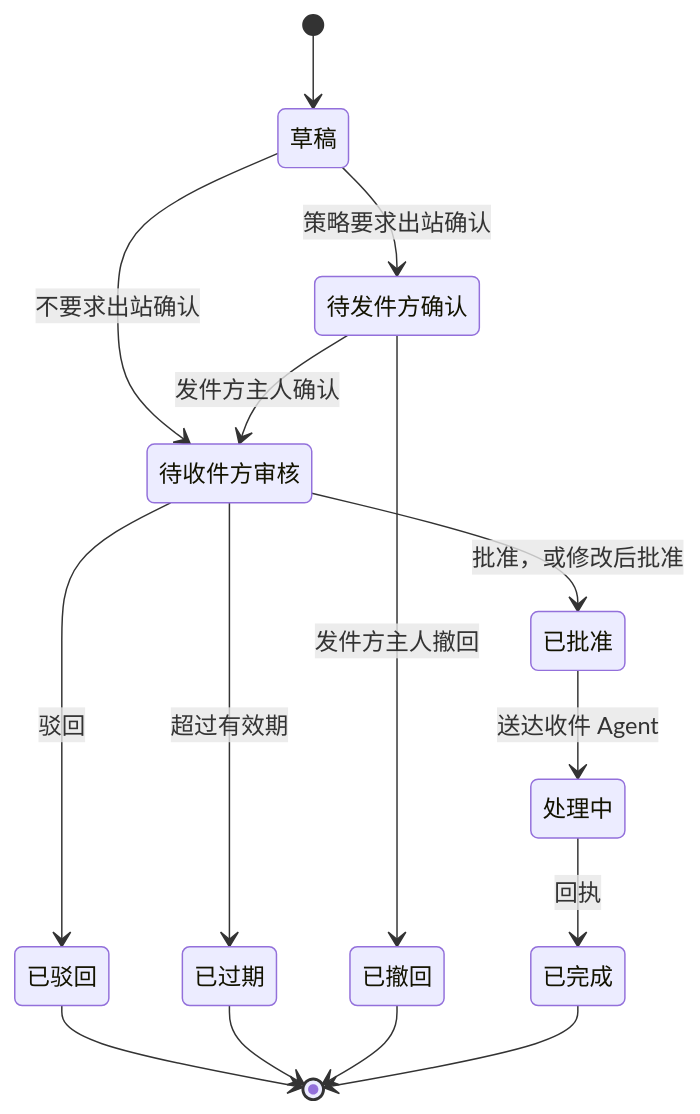
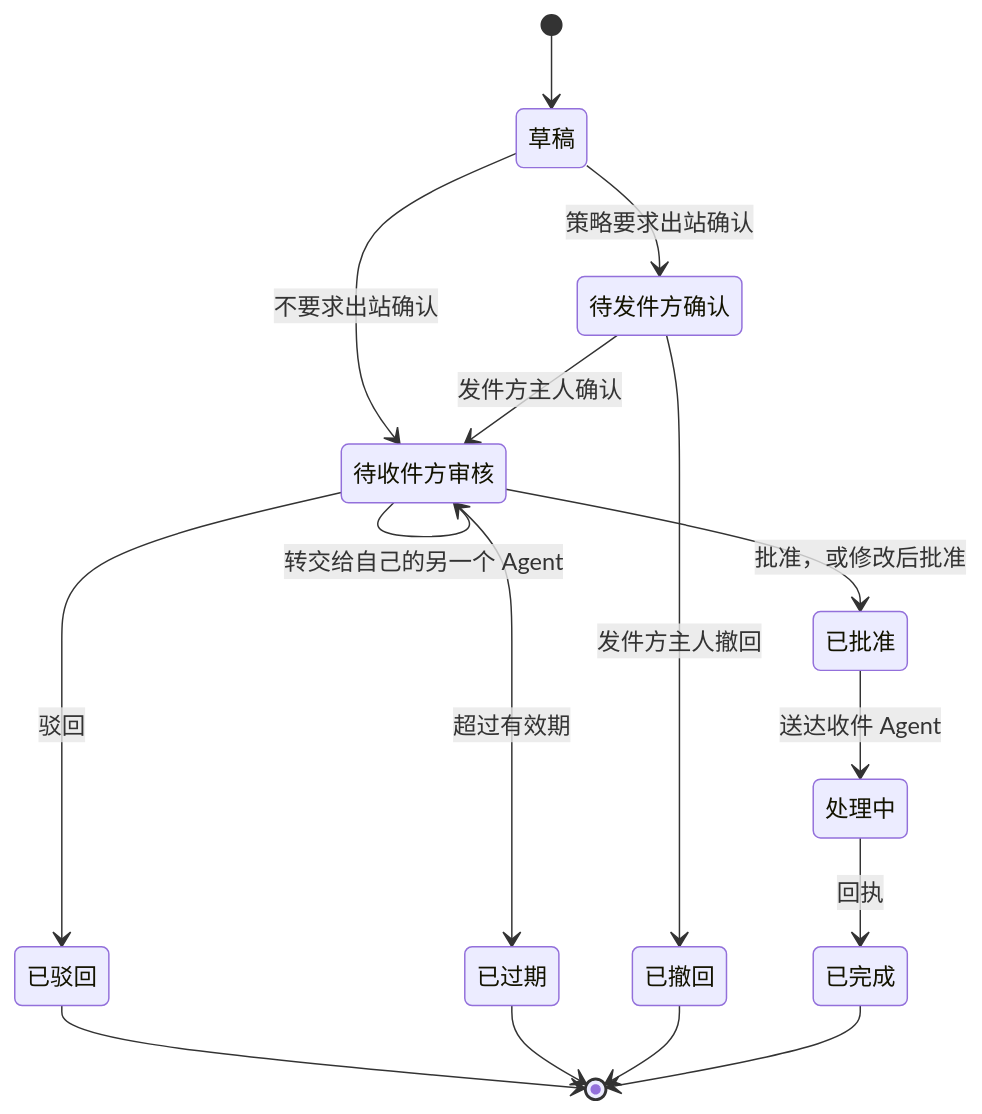
Before and after one commit to CavaiLAB/jiangxin: the first of 2 diagrams in docs/04-agent-collaboration.md, drawn with Mermaid. The commit also changed other lines of this file and 11 other files, not shown here.

First line of the commit message:
docs: 按已接受的合并蓝图与审阅意见修订，补三种形态与平台级裁定

````diff
--- a/docs/04-agent-collaboration.md
+++ b/docs/04-agent-collaboration.md
@@ -70,27 +72,28 @@
 ```mermaid
 stateDiagram-v2
   state "草稿" as draft
   state "待发件方确认" as outbound
   state "待收件方审核" as inbound
   state "已批准" as approved
   state "处理中" as working
   state "已完成" as done
   state "已驳回" as rejected
   state "已过期" as expired
   state "已撤回" as withdrawn
 
   [*] --> draft
   draft --> outbound: 策略要求出站确认
   draft --> inbound: 不要求出站确认
   outbound --> inbound: 发件方主人确认
   outbound --> withdrawn: 发件方主人撤回
   inbound --> approved: 批准，或修改后批准
+  inbound --> inbound: 转交给自己的另一个 Agent
   inbound --> rejected: 驳回
   inbound --> expired: 超过有效期
   approved --> working: 送达收件 Agent
   working --> done: 回执
   rejected --> [*]
   expired --> [*]
   withdrawn --> [*]
   done --> [*]
 ```
````
